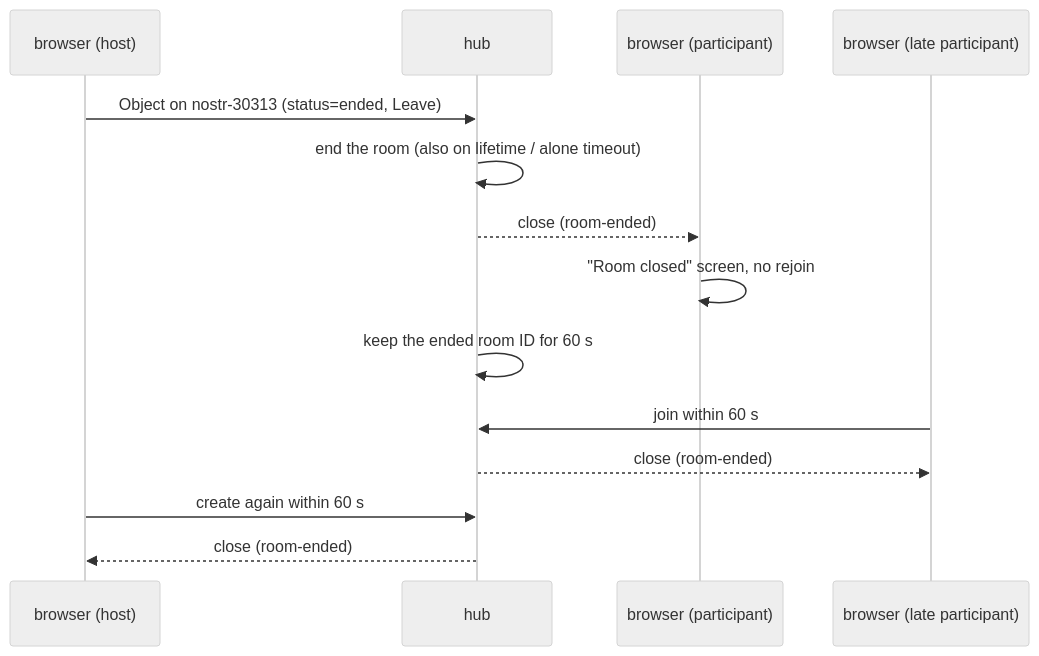
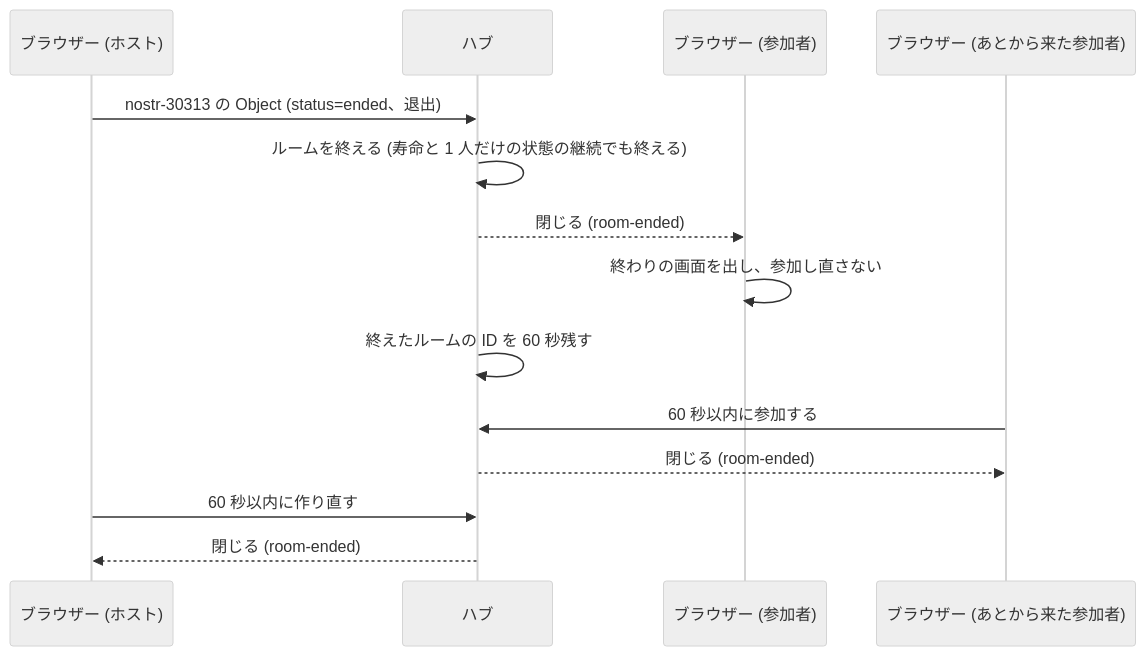
The sixth of 6 diagrams in examples/moqt_chat/README.md (Hakkadaikon/wired), drawn with Mermaid (neutral theme) before and after one commit. The commit also changed other lines of this file, not shown here.

First line of the commit message:
docs(moqt_chat): Japanese labels in the README diagrams

````diff
--- a/examples/moqt_chat/README.md
+++ b/examples/moqt_chat/README.md
@@ -149,16 +149,16 @@
 ```mermaid
 sequenceDiagram
-    participant O as browser (host)
-    participant H as hub
-    participant G as browser (participant)
-    participant L as browser (late participant)
-    O->>H: Object on nostr-30313 (status=ended, Leave)
-    H->>H: end the room (also on lifetime / alone timeout)
-    H-->>G: close (room-ended)
-    G->>G: "Room closed" screen, no rejoin
-    H->>H: keep the ended room ID for 60 s
-    L->>H: join within 60 s
-    H-->>L: close (room-ended)
-    O->>H: create again within 60 s
-    H-->>O: close (room-ended)
+    participant O as ブラウザー (ホスト)
+    participant H as ハブ
+    participant G as ブラウザー (参加者)
+    participant L as ブラウザー (あとから来た参加者)
+    O->>H: nostr-30313 の Object (status=ended、退出)
+    H->>H: ルームを終える (寿命と 1 人だけの状態の継続でも終える)
+    H-->>G: 閉じる (room-ended)
+    G->>G: 終わりの画面を出し、参加し直さない
+    H->>H: 終えたルームの ID を 60 秒残す
+    L->>H: 60 秒以内に参加する
+    H-->>L: 閉じる (room-ended)
+    O->>H: 60 秒以内に作り直す
+    H-->>O: 閉じる (room-ended)
 ```
````
